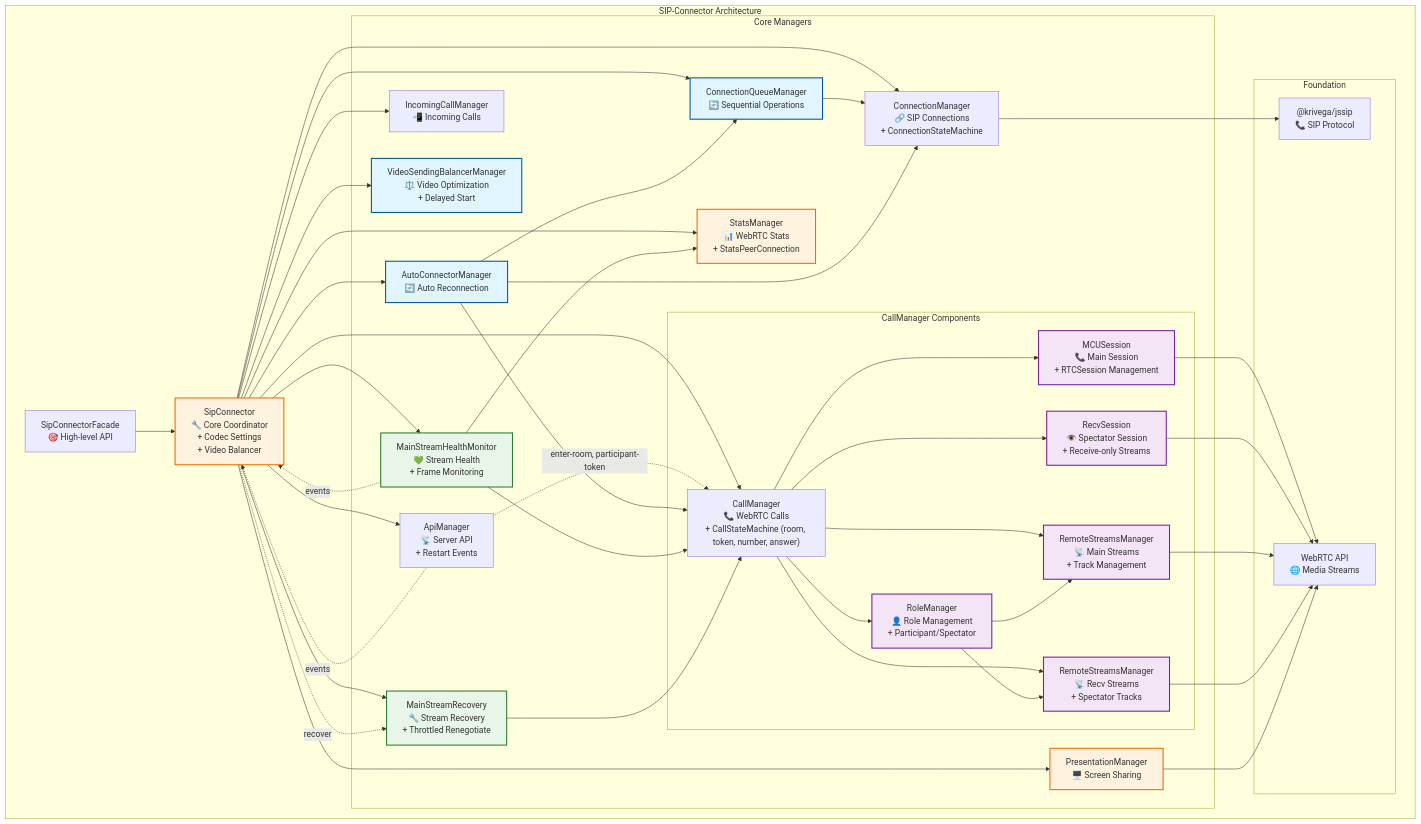
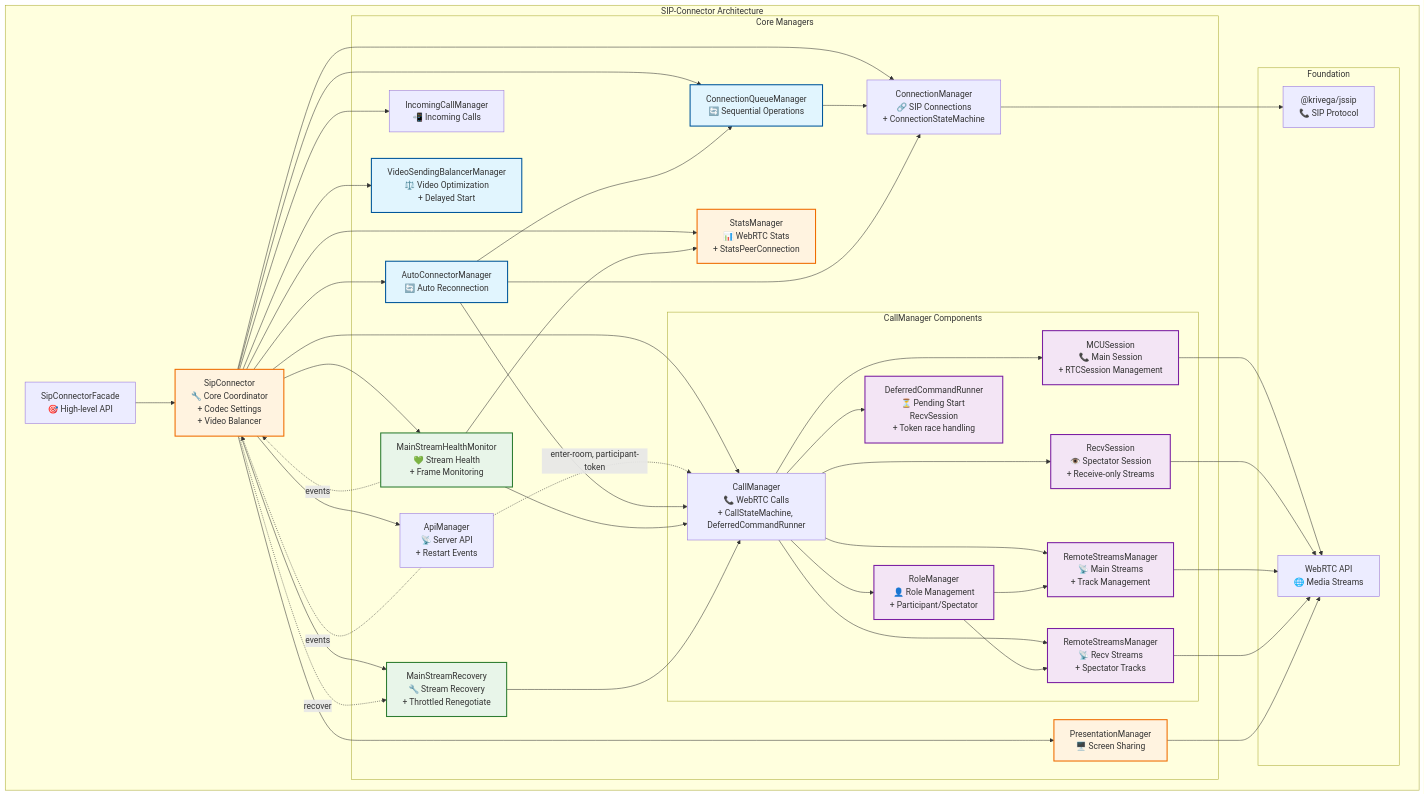
One commit to Krivega/sip-connector changed the diagram in docs/arch/overview.md. Above: the diagram before and after it, drawn with Mermaid. The commit also changed other lines of this file and 10 other files, not shown here.

Commit message:
feat: implement DeferredCommandRunner for delayed execution of RecvSession start; handle token race conditions in CallManager

````diff
--- a/docs/arch/overview.md
+++ b/docs/arch/overview.md
@@ -83,12 +83,13 @@
             C["ConnectionManager<br/>🔗 SIP Connections<br/>+ ConnectionStateMachine"]
 
             subgraph "CallManager Components"
-                D["CallManager<br/>📞 WebRTC Calls<br/>+ CallStateMachine (room, token, number, answer)"]
+                D["CallManager<br/>📞 WebRTC Calls<br/>+ CallStateMachine, DeferredCommandRunner"]
                 D1["MCUSession<br/>📞 Main Session<br/>+ RTCSession Management"]
                 D2["RecvSession<br/>👁️ Spectator Session<br/>+ Receive-only Streams"]
                 D3["RemoteStreamsManager<br/>📡 Main Streams<br/>+ Track Management"]
                 D4["RemoteStreamsManager<br/>📡 Recv Streams<br/>+ Spectator Tracks"]
                 D5["RoleManager<br/>👤 Role Management<br/>+ Participant/Spectator"]
+                D6["DeferredCommandRunner<br/>⏳ Pending Start RecvSession<br/>+ Token race handling"]
             end
 
             E["ApiManager<br/>📡 Server API<br/>+ Restart Events"]
@@ -126,6 +127,7 @@
         D --> D3
         D --> D4
         D --> D5
+        D --> D6
         D1 --> N
         D2 --> N
         D3 --> N
@@ -160,4 +162,5 @@
     style D3 fill:#f3e5f5,stroke:#7b1fa2,stroke-width:2px
     style D4 fill:#f3e5f5,stroke:#7b1fa2,stroke-width:2px
     style D5 fill:#f3e5f5,stroke:#7b1fa2,stroke-width:2px
+    style D6 fill:#f3e5f5,stroke:#7b1fa2,stroke-width:2px
 ```
````
